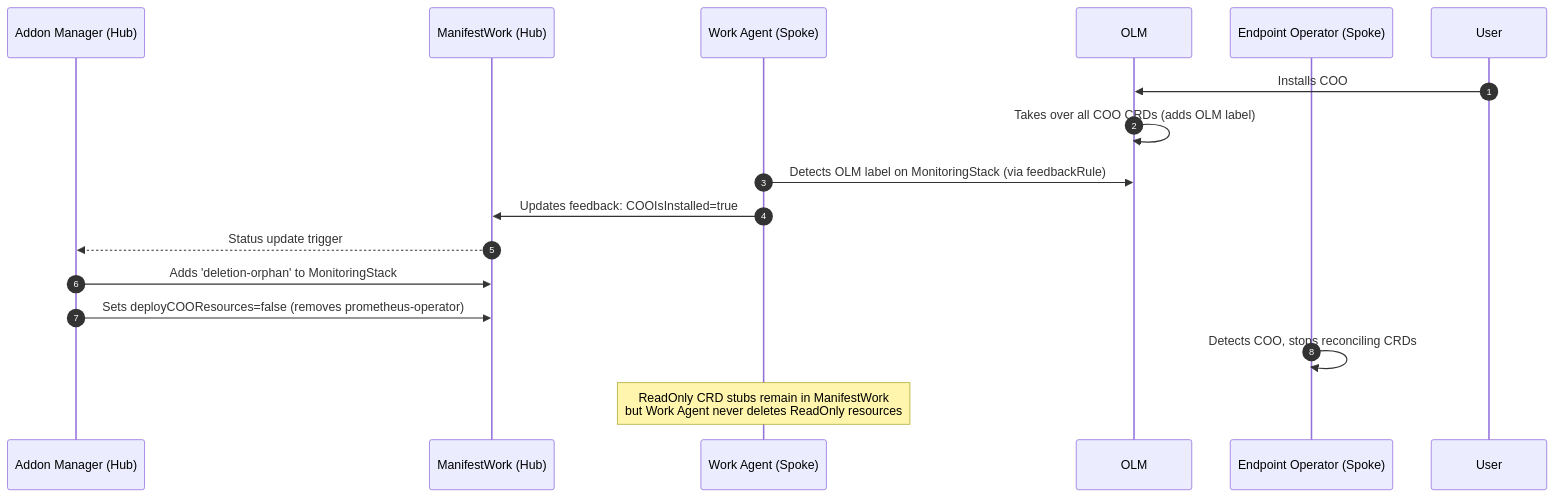
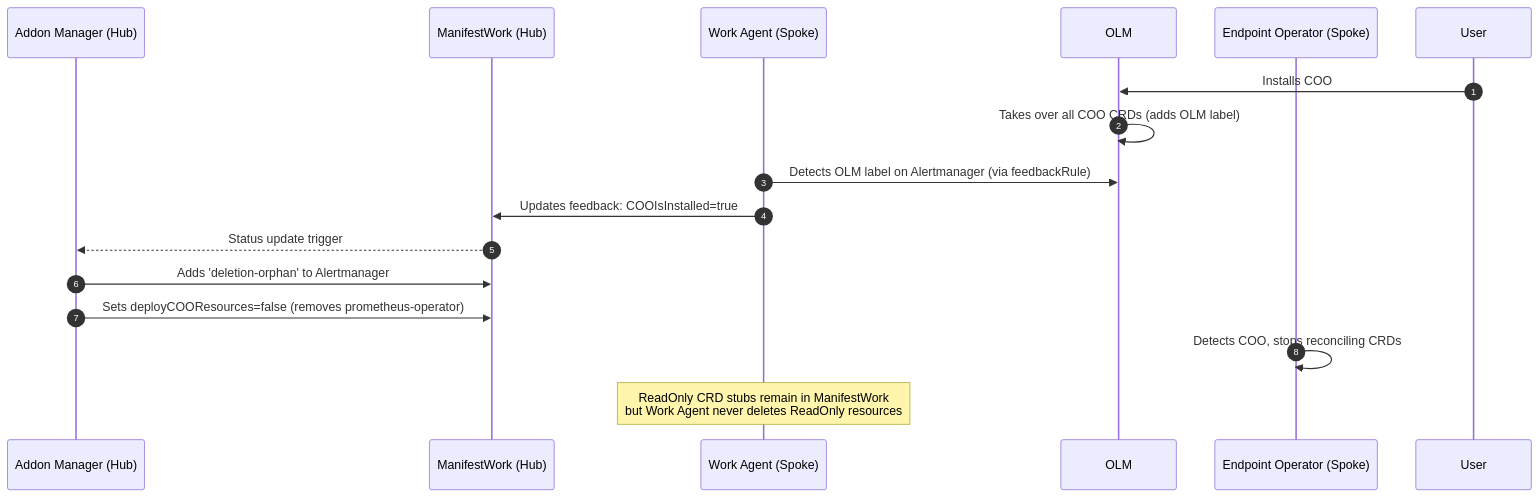
Before and after one commit to stolostron/multicluster-observability-addon: the second of 3 diagrams in internal/metrics/README.md, drawn with Mermaid. The commit also changed other lines of this file and 27 other files, not shown here.

````diff
--- a/internal/metrics/README.md
+++ b/internal/metrics/README.md
@@ -127,20 +127,20 @@
 ```mermaid
 sequenceDiagram
     autonumber
     participant AddonManager as Addon Manager (Hub)
     participant ManifestWork as ManifestWork (Hub)
     participant WorkAgent as Work Agent (Spoke)
     participant OLM
     participant EndpointOp as Endpoint Operator (Spoke)
     participant User
 
     User->>OLM: Installs COO
     OLM->>OLM: Takes over all COO CRDs (adds OLM label)
-    WorkAgent->>OLM: Detects OLM label on MonitoringStack (via feedbackRule)
+    WorkAgent->>OLM: Detects OLM label on Alertmanager (via feedbackRule)
     WorkAgent->>ManifestWork: Updates feedback: COOIsInstalled=true
     ManifestWork-->>AddonManager: Status update trigger
-    AddonManager->>ManifestWork: Adds 'deletion-orphan' to MonitoringStack
+    AddonManager->>ManifestWork: Adds 'deletion-orphan' to Alertmanager
     AddonManager->>ManifestWork: Sets deployCOOResources=false (removes prometheus-operator)
     EndpointOp->>EndpointOp: Detects COO, stops reconciling CRDs
     Note over WorkAgent: ReadOnly CRD stubs remain in ManifestWork<br/>but Work Agent never deletes ReadOnly resources
 ```
````
